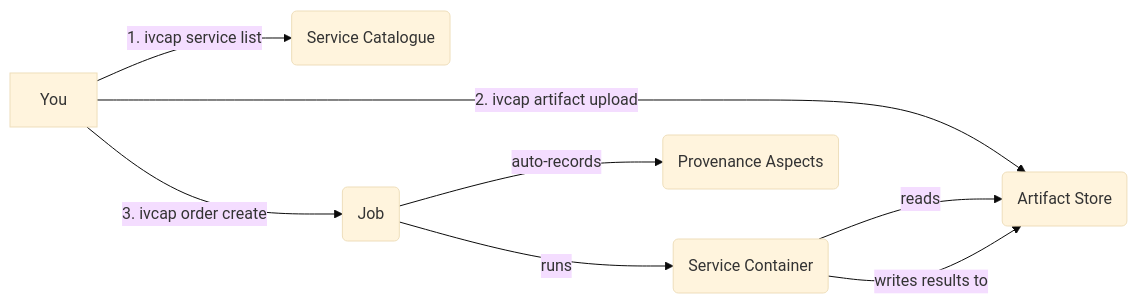
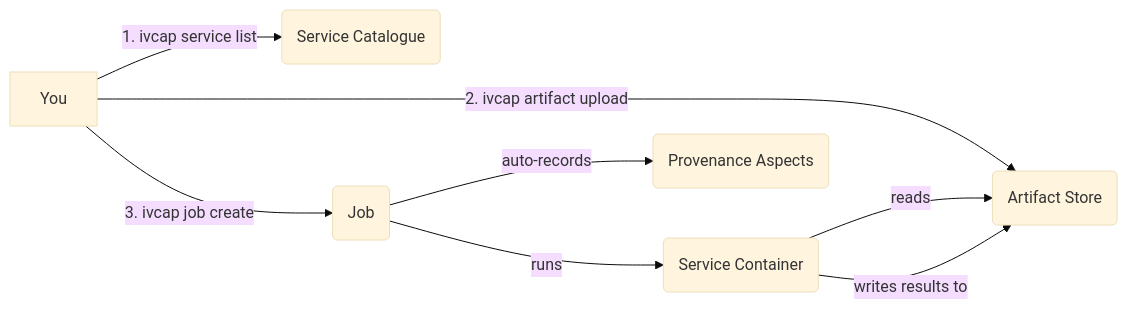
One commit to ivcap-works/ivcap-docs changed the diagram in docs/guides/running/index.md. Above: the diagram before and after it, drawn with Mermaid (base theme). The commit also changed other lines of this file and 5 other files, not shown here.

````diff
--- a/docs/guides/running/index.md
+++ b/docs/guides/running/index.md
@@ -23,10 +23,10 @@
 ```mermaid
 flowchart LR
     A[You] -->|1. ivcap service list| B(Service Catalogue)
     A -->|2. ivcap artifact upload| C(Artifact Store)
-    A -->|3. ivcap order create| D(Job)
+    A -->|3. ivcap job create| D(Job)
     D -->|runs| E(Service Container)
     E -->|reads| C
     E -->|writes results to| C
     D -->|auto-records| F(Provenance Aspects)
 ```
````
